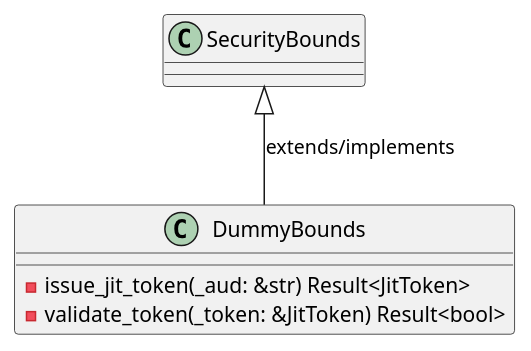
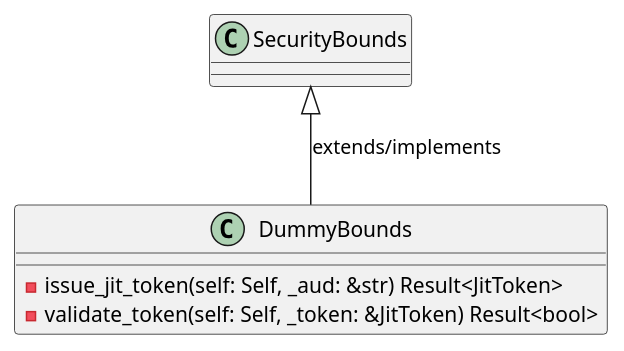
One commit to lgcorzo/rust_CACD_autonomous_factory changed the first of 6 diagrams in openwiki/crates_factory_core_tests_security_tests.md. Above: the diagram before and after it, drawn with PlantUML. The commit also changed other lines of this file and 95 other files, not shown here.

````diff
--- a/openwiki/crates_factory_core_tests_security_tests.md
+++ b/openwiki/crates_factory_core_tests_security_tests.md
@@ -74,10 +74,10 @@
 ```plantuml
 @startuml
 class DummyBounds {
-    -issue_jit_token(_aud: &str) Result<JitToken>
-    -validate_token(_token: &JitToken) Result<bool>
+    -issue_jit_token(self: Self, _aud: &str) Result<JitToken>
+    -validate_token(self: Self, _token: &JitToken) Result<bool>
 }
 SecurityBounds <|-- DummyBounds : extends/implements
 @enduml
 
 ```
````
